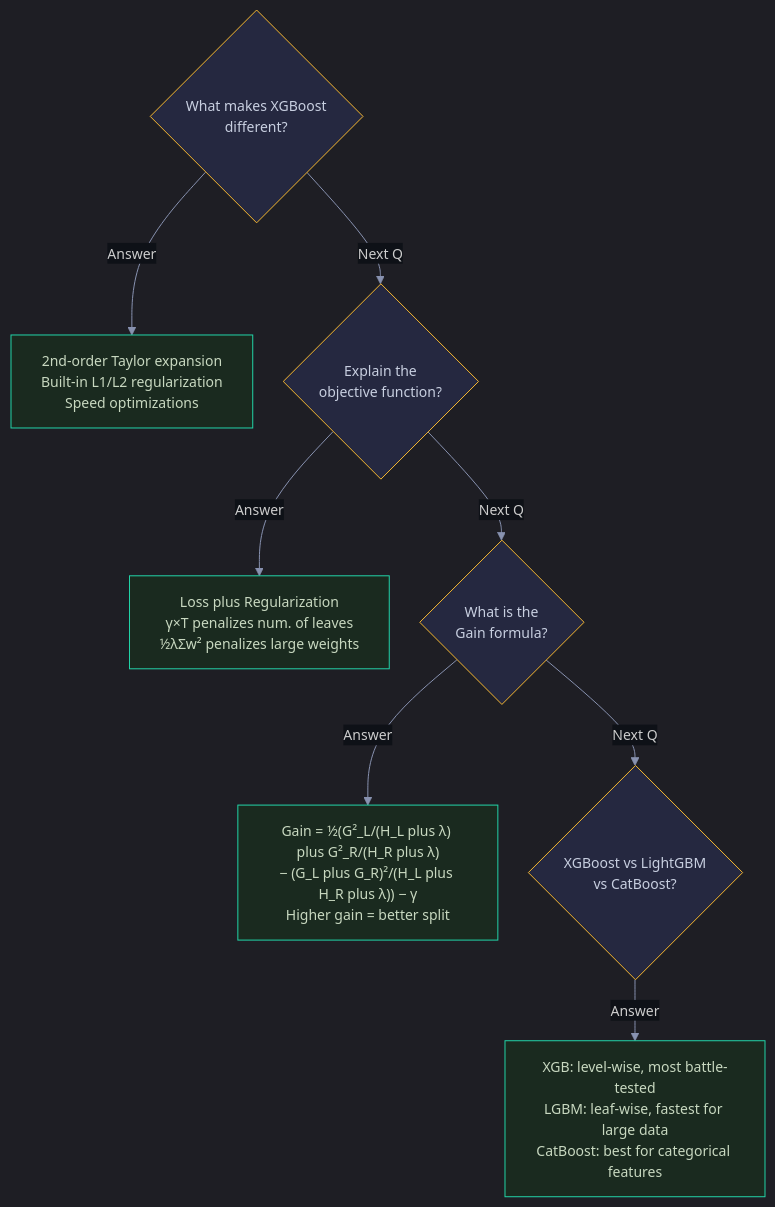
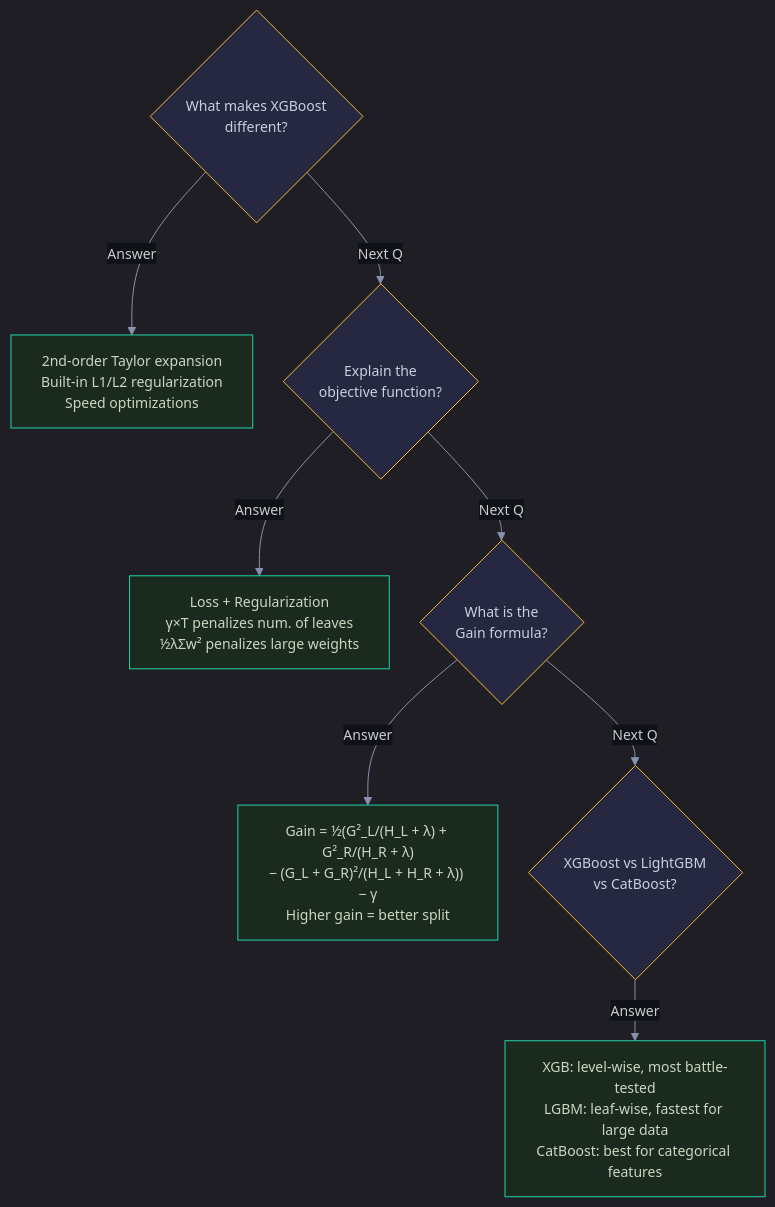
Before and after one commit to snehith1234/StudyCircle: diagram 11 of 11 in Documents/Visual_Guides/ML_Concepts/XGBoost_Visual.md, drawn with Mermaid. The commit also changed other lines of this file and 10 other files, not shown here.

First line of the commit message:
Fix Mermaid formatting and add RNN/LSTM guides

````diff
--- a/Documents/Visual_Guides/ML_Concepts/XGBoost_Visual.md
+++ b/Documents/Visual_Guides/ML_Concepts/XGBoost_Visual.md
@@ -286,20 +286,20 @@
 ```mermaid
 %%{init: {'theme': 'dark', 'themeVariables': {'darkMode': true, 'background': '#0e1117', 'primaryColor': '#1a1d2e', 'primaryTextColor': '#e2e8f0', 'primaryBorderColor': '#2d3148', 'lineColor': '#8892b0', 'secondaryColor': '#252840', 'tertiaryColor': '#1a1d2e', 'fontSize': '14px', 'edgeLabelBackground': '#0e1117'}, 'flowchart': {'nodeSpacing': 30, 'rankSpacing': 40, 'padding': 15, 'htmlLabels': true}}}%%
 graph TD
     Q1{"What makes XGBoost<br/>different?"} -->|Answer| A1["2nd-order Taylor expansion<br/>Built-in L1/L2 regularization<br/>Speed optimizations"]
     Q1 -->|Next Q| Q2{"Explain the<br/>objective function?"}
-    Q2 -->|Answer| A2["Loss plus Regularization<br/>γ×T penalizes num. of leaves<br/>½λΣw² penalizes large weights"]
+    Q2 -->|Answer| A2["Loss + Regularization<br/>γ×T penalizes num. of leaves<br/>½λΣw² penalizes large weights"]
     Q2 -->|Next Q| Q3{"What is the<br/>Gain formula?"}
-    Q3 -->|Answer| A3["Gain = ½(G²_L/(H_L plus λ) plus G²_R/(H_R plus λ)<br/>− (G_L plus G_R)²/(H_L plus H_R plus λ)) − γ<br/>Higher gain = better split"]
+    Q3 -->|Answer| A3["Gain = ½(G²_L/(H_L + λ) + G²_R/(H_R + λ)<br/>− (G_L + G_R)²/(H_L + H_R + λ)) − γ<br/>Higher gain = better split"]
     Q3 -->|Next Q| Q4{"XGBoost vs LightGBM<br/>vs CatBoost?"}
     Q4 -->|Answer| A4["XGB: level-wise, most battle-tested<br/>LGBM: leaf-wise, fastest for large data<br/>CatBoost: best for categorical features"]
 
     style Q1 fill:#252840,stroke:#f5b731,color:#c8cfe0
     style Q2 fill:#252840,stroke:#f5b731,color:#c8cfe0
     style Q3 fill:#252840,stroke:#f5b731,color:#c8cfe0
     style Q4 fill:#252840,stroke:#f5b731,color:#c8cfe0
     style A1 fill:#1a2a1f,stroke:#22d3a7,color:#c8d8c0
     style A2 fill:#1a2a1f,stroke:#22d3a7,color:#c8d8c0
     style A3 fill:#1a2a1f,stroke:#22d3a7,color:#c8d8c0
     style A4 fill:#1a2a1f,stroke:#22d3a7,color:#c8d8c0
 ```
````
